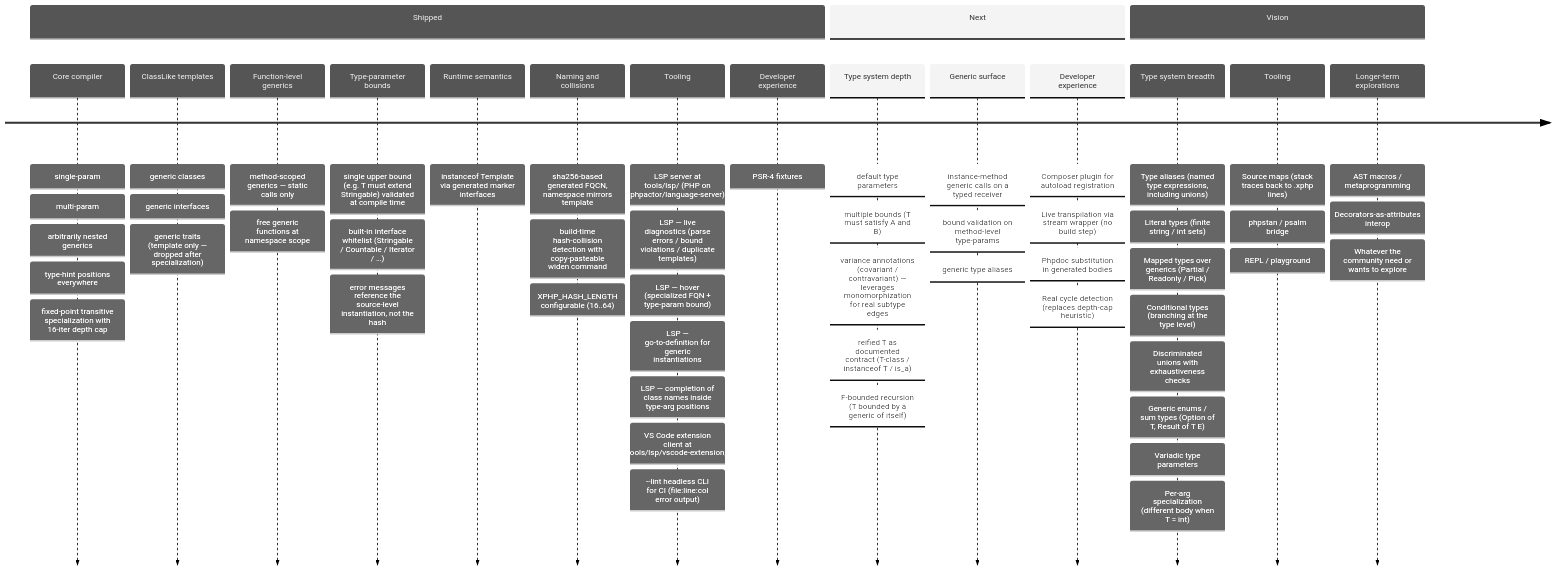
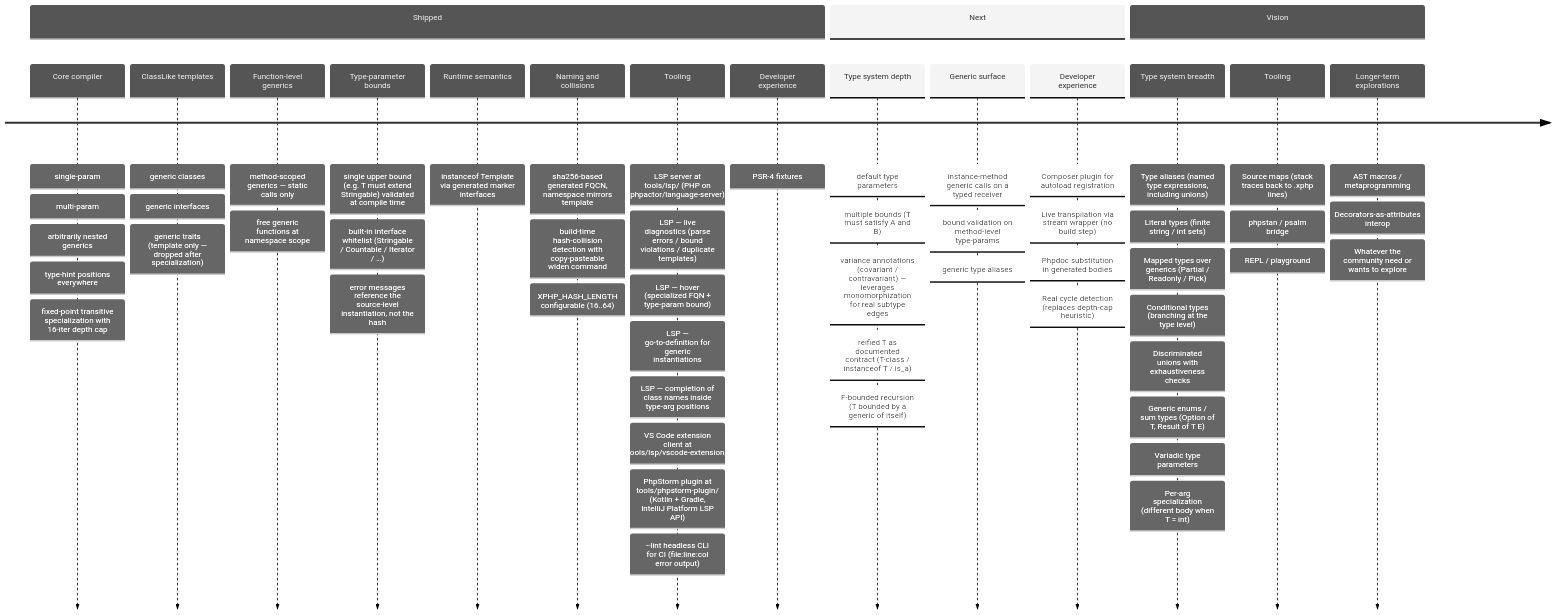
Before and after one commit to xphp-lang/xphp: the diagram in docs/roadmap.md, drawn with Mermaid (neutral theme). The commit also changed 3 other files, not shown here.

````diff
--- a/docs/roadmap.md
+++ b/docs/roadmap.md
@@ -6,71 +6,72 @@
 ```mermaid
 timeline
     section Shipped
         Core compiler
                 : single-param
                 : multi-param
                 : arbitrarily nested generics
                 : type-hint positions everywhere
                 : fixed-point transitive specialization with 16-iter depth cap
         ClassLike templates
                 : generic classes
                 : generic interfaces
                 : generic traits (template only — dropped after specialization)
         Function-level generics
                 : method-scoped generics — static calls only
                 : free generic functions at namespace scope
         Type-parameter bounds
                 : single upper bound (e.g. T must extend Stringable) validated at compile time
                 : built-in interface whitelist (Stringable / Countable / Iterator / …)
                 : error messages reference the source-level instantiation, not the hash
         Runtime semantics
                 : instanceof Template via generated marker interfaces
         Naming and collisions
                 : sha256-based generated FQCN, namespace mirrors template
                 : build-time hash-collision detection with copy-pasteable widen command
                 : XPHP_HASH_LENGTH configurable (16..64)
         Tooling
                 : LSP server at tools/lsp/ (PHP on phpactor/language-server)
                 : LSP — live diagnostics (parse errors / bound violations / duplicate templates)
                 : LSP — hover (specialized FQN + type-param bound)
                 : LSP — go-to-definition for generic instantiations
                 : LSP — completion of class names inside type-arg positions
                 : VS Code extension client at tools/lsp/vscode-extension/
+                : PhpStorm plugin at tools/phpstorm-plugin/ (Kotlin + Gradle, IntelliJ Platform LSP API)
                 : --lint headless CLI for CI (file:line:col error output)
         Developer experience
                 : PSR-4 fixtures
     section Next
         Type system depth
                 : default type parameters
                 : multiple bounds (T must satisfy A and B)
                 : variance annotations (covariant / contravariant) — leverages monomorphization for real subtype edges
                 : reified T as documented contract (T-class / instanceof T / is_a)
                 : F-bounded recursion (T bounded by a generic of itself)
         Generic surface
                 : instance-method generic calls on a typed receiver
                 : bound validation on method-level type-params
                 : generic type aliases
         Developer experience
                 : Composer plugin for autoload registration
                 : Live transpilation via stream wrapper (no build step)
                 : Phpdoc substitution in generated bodies
                 : Real cycle detection (replaces depth-cap heuristic)
     section Vision
         Type system breadth
                 : Type aliases (named type expressions, including unions)
                 : Literal types (finite string / int sets)
                 : Mapped types over generics (Partial / Readonly / Pick)
                 : Conditional types (branching at the type level)
                 : Discriminated unions with exhaustiveness checks
                 : Generic enums / sum types (Option of T, Result of T E)
                 : Variadic type parameters
                 : Per-arg specialization (different body when T = int)
         Tooling
                 : Source maps (stack traces back to .xphp lines)
                 : phpstan / psalm bridge
                 : REPL / playground
         Longer-term explorations
                 : AST macros / metaprogramming
                 : Decorators-as-attributes interop
                 : Whatever the community need or wants to explore
 ```
````
